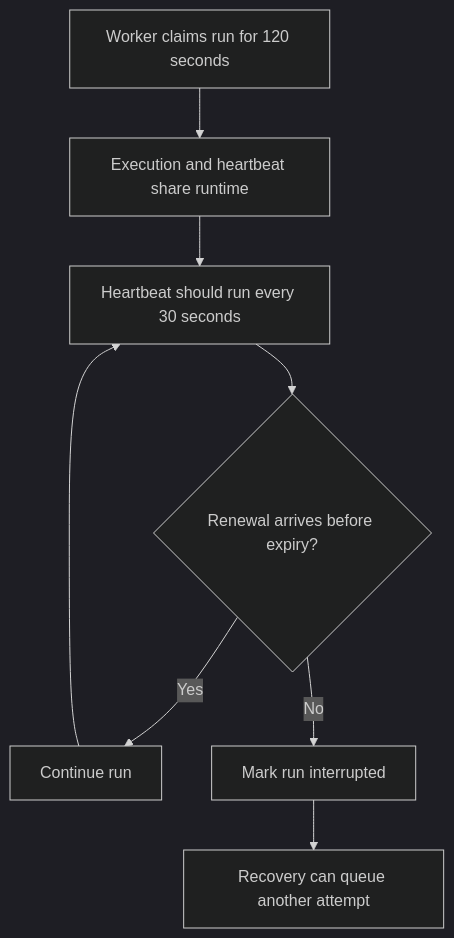
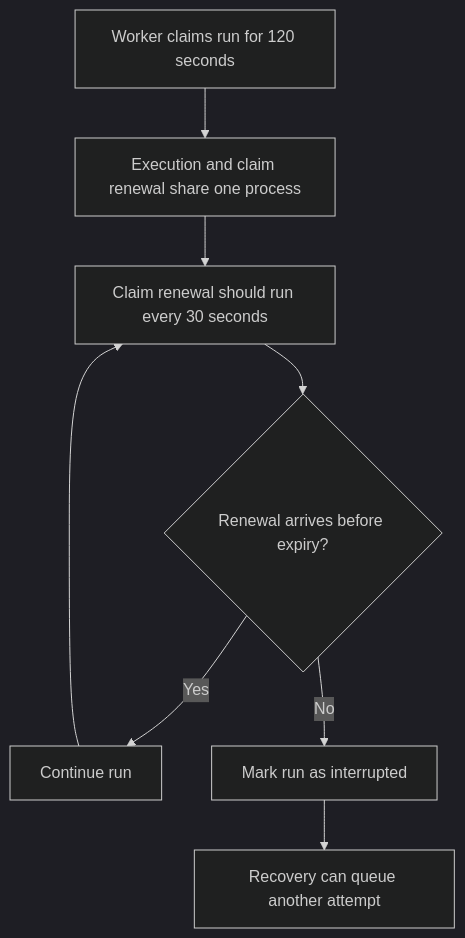
One commit to kpsuperplane/Noema changed diagram 11 of 29 in docs/superpowers/plans/2026-08-08-noema-practical-reliability-roadmap.md. Above: the diagram before and after it, drawn with Mermaid (dark theme). The commit also changed other lines of this file, not shown here.

Commit message:
docs: make plain code the first roadmap phase

````diff
--- a/docs/superpowers/plans/2026-08-08-noema-practical-reliability-roadmap.md
+++ b/docs/superpowers/plans/2026-08-08-noema-practical-reliability-roadmap.md
@@ -357,14 +775,14 @@
 ```mermaid
 flowchart TD
     A["Worker claims run for 120 seconds"]
-    B["Execution and heartbeat share runtime"]
-    C["Heartbeat should run every 30 seconds"]
+    B["Execution and claim renewal share one process"]
+    C["Claim renewal should run every 30 seconds"]
     D{"Renewal arrives before expiry?"}
     E["Continue run"]
-    F["Mark run interrupted"]
+    F["Mark run as interrupted"]
     G["Recovery can queue another attempt"]
 
     A --> B --> C --> D
     D -->|Yes| E --> C
     D -->|No| F --> G
 ```
````
